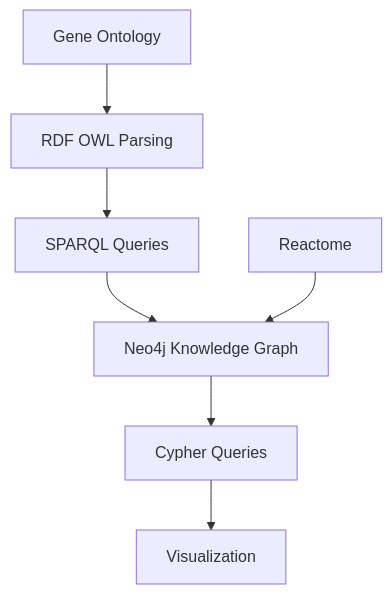
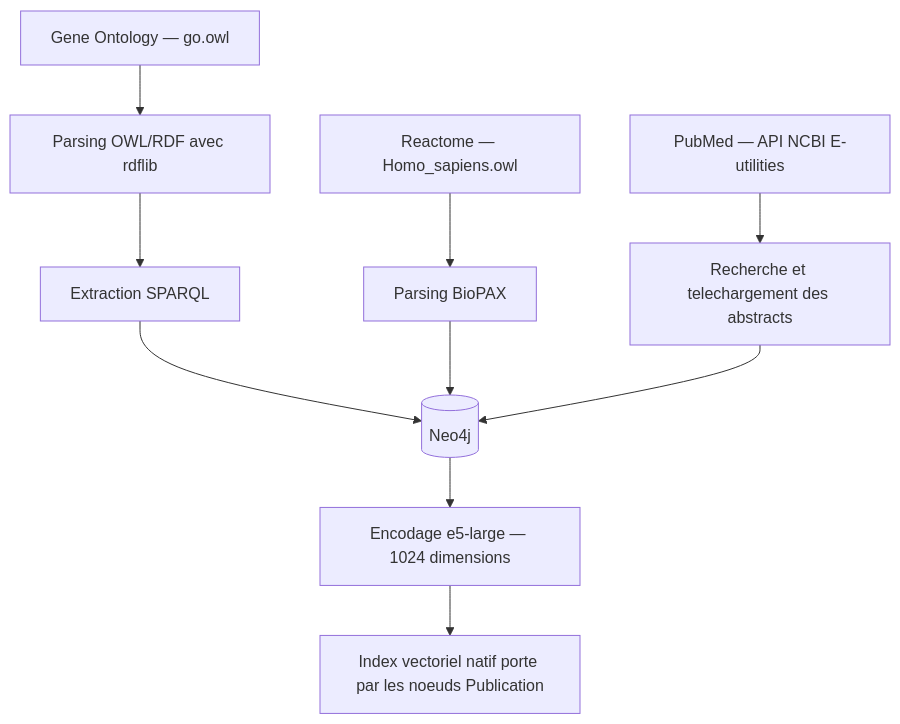
The first of 2 diagrams in docs/ARCHITECTURE.md (Toufic99/SciGraphRAG), drawn with Mermaid before and after one commit. The commit also changed other lines of this file and 2 other files, not shown here.

````diff
--- a/docs/ARCHITECTURE.md
+++ b/docs/ARCHITECTURE.md
@@ -3,21 +8,20 @@
 ```mermaid
 flowchart TD
-    GO[Gene Ontology]
-    RDF[RDF OWL Parsing]
-    SPARQL[SPARQL Queries]
-    NEO4J[Neo4j Knowledge Graph]
+    GO["Gene Ontology — go.owl"]
+    REACTOME["Reactome — Homo_sapiens.owl"]
+    PUBMED["PubMed — API NCBI E-utilities"]
 
-    REACTOME[Reactome]
+    RDF["Parsing OWL/RDF avec rdflib"]
+    SPARQL["Extraction SPARQL"]
+    BIOPAX["Parsing BioPAX"]
+    ABSTRACTS["Recherche et telechargement des abstracts"]
 
-    CYPHER[Cypher Queries]
-    VIS[Visualization]
+    NEO4J[("Neo4j")]
+    EMB["Encodage e5-large — 1024 dimensions"]
 
-    GO --> RDF
-    RDF --> SPARQL
-    SPARQL --> NEO4J
-
-    REACTOME --> NEO4J
-
-    NEO4J --> CYPHER
-    CYPHER --> VIS
+    GO --> RDF --> SPARQL --> NEO4J
+    REACTOME --> BIOPAX --> NEO4J
+    PUBMED --> ABSTRACTS --> NEO4J
+    NEO4J --> EMB
+    EMB --> INDEX["Index vectoriel natif porte par les noeuds Publication"]
 ```
````
